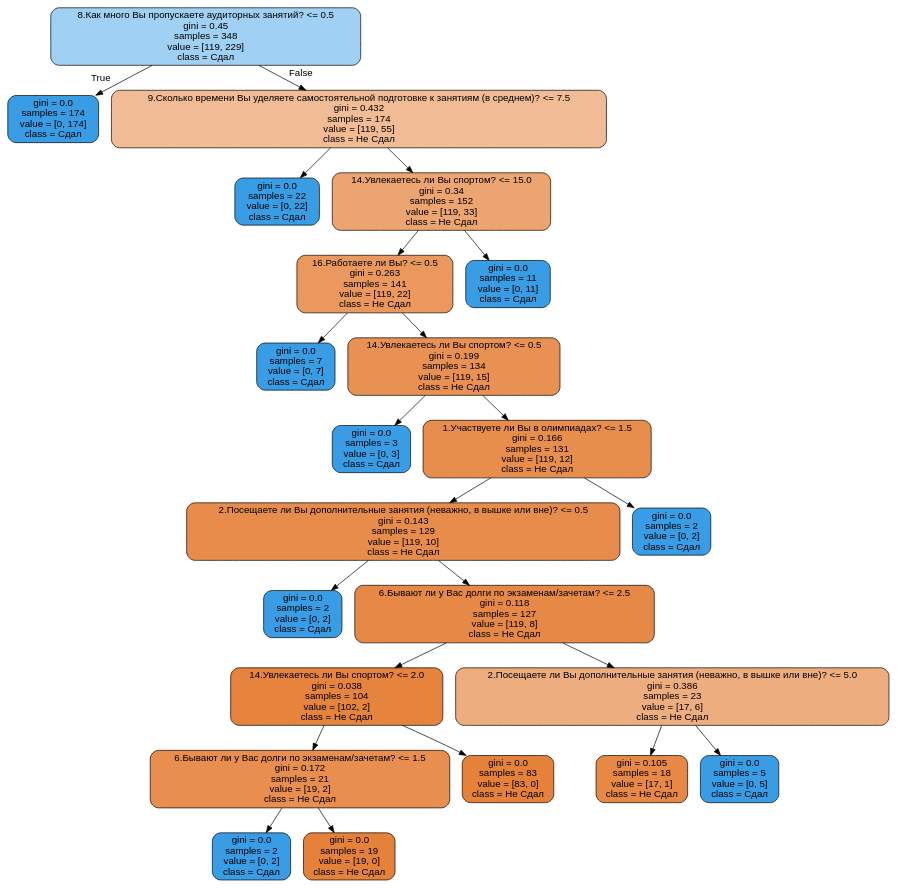
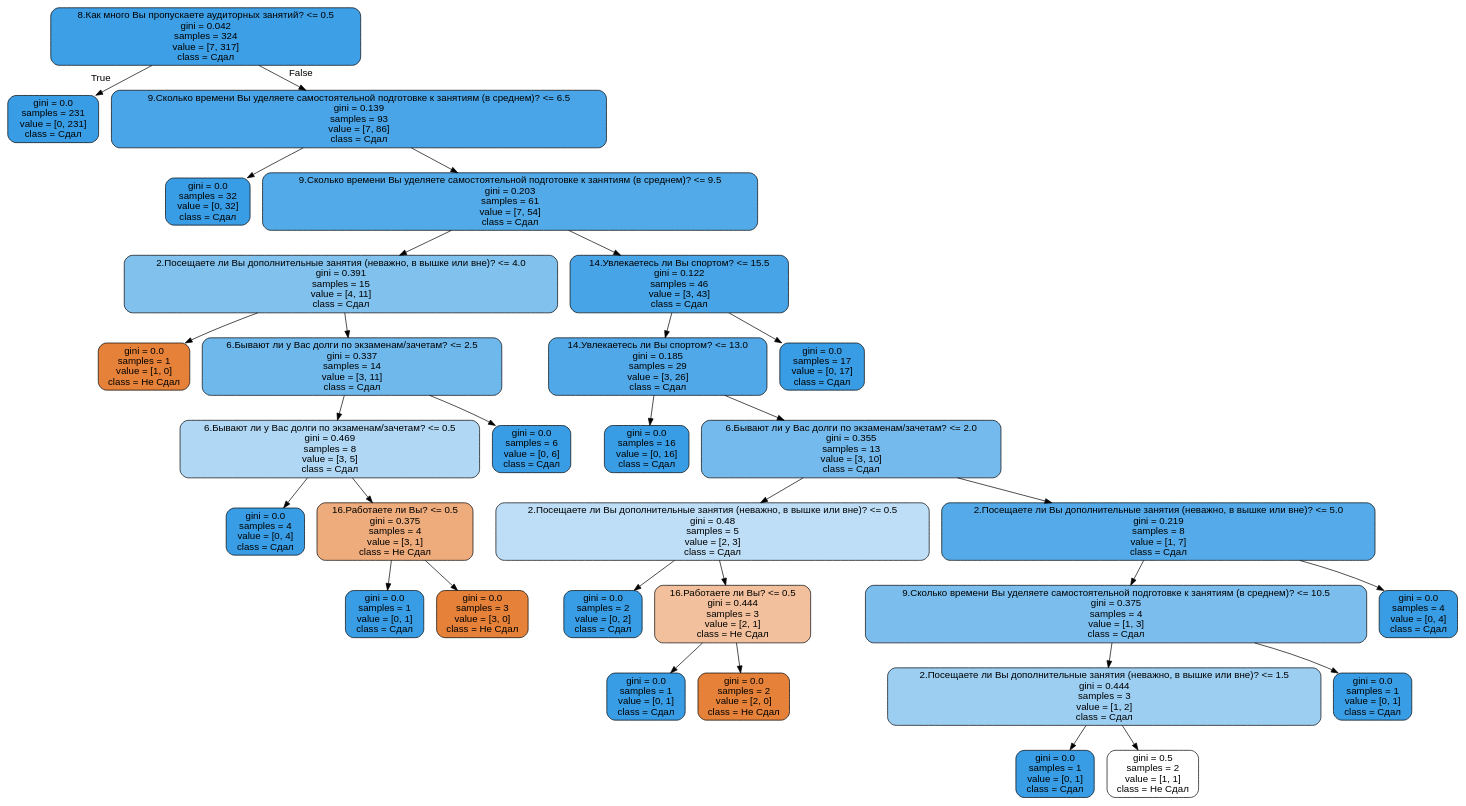
One commit to alexgiving/coursework_3 changed the diagram in myTreeName.dot. Above: the diagram before and after it, drawn with Graphviz. The commit also changed 7 other files, not shown here.

```diff
--- a/myTreeName.dot
+++ b/myTreeName.dot
@@ -1,49 +1,65 @@
 digraph Tree {
 node [shape=box, style="filled, rounded", color="black", fontname="helvetica"] ;
 edge [fontname="helvetica"] ;
-0 [label="8.Как много Вы пропускаете аудиторных занятий? <= 0.5\ngini = 0.45\nsamples = 348\nvalue = [119, 229]\nclass = Сдал", fillcolor="#a0d0f3"] ;
-1 [label="gini = 0.0\nsamples = 174\nvalue = [0, 174]\nclass = Сдал", fillcolor="#399de5"] ;
+0 [label="8.Как много Вы пропускаете аудиторных занятий? <= 0.5\ngini = 0.042\nsamples = 324\nvalue = [7, 317]\nclass = Сдал", fillcolor="#3d9fe6"] ;
+1 [label="gini = 0.0\nsamples = 231\nvalue = [0, 231]\nclass = Сдал", fillcolor="#399de5"] ;
 0 -> 1 [labeldistance=2.5, labelangle=45, headlabel="True"] ;
-2 [label="9.Сколько времени Вы уделяете самостоятельной подготовке к занятиям (в среднем)? <= 7.5\ngini = 0.432\nsamples = 174\nvalue = [119, 55]\nclass = Не Сдал", fillcolor="#f1bb95"] ;
+2 [label="9.Сколько времени Вы уделяете самостоятельной подготовке к занятиям (в среднем)? <= 6.5\ngini = 0.139\nsamples = 93\nvalue = [7, 86]\nclass = Сдал", fillcolor="#49a5e7"] ;
 0 -> 2 [labeldistance=2.5, labelangle=-45, headlabel="False"] ;
-3 [label="gini = 0.0\nsamples = 22\nvalue = [0, 22]\nclass = Сдал", fillcolor="#399de5"] ;
+3 [label="gini = 0.0\nsamples = 32\nvalue = [0, 32]\nclass = Сдал", fillcolor="#399de5"] ;
 2 -> 3 ;
-4 [label="14.Увлекаетесь ли Вы спортом? <= 15.0\ngini = 0.34\nsamples = 152\nvalue = [119, 33]\nclass = Не Сдал", fillcolor="#eca470"] ;
+4 [label="9.Сколько времени Вы уделяете самостоятельной подготовке к занятиям (в среднем)? <= 9.5\ngini = 0.203\nsamples = 61\nvalue = [7, 54]\nclass = Сдал", fillcolor="#53aae8"] ;
 2 -> 4 ;
-5 [label="16.Работаете ли Вы? <= 0.5\ngini = 0.263\nsamples = 141\nvalue = [119, 22]\nclass = Не Сдал", fillcolor="#ea985e"] ;
+5 [label="2.Посещаете ли Вы дополнительные занятия (неважно, в вышке или вне)? <= 4.0\ngini = 0.391\nsamples = 15\nvalue = [4, 11]\nclass = Сдал", fillcolor="#81c1ee"] ;
 4 -> 5 ;
-6 [label="gini = 0.0\nsamples = 7\nvalue = [0, 7]\nclass = Сдал", fillcolor="#399de5"] ;
+6 [label="gini = 0.0\nsamples = 1\nvalue = [1, 0]\nclass = Не Сдал", fillcolor="#e58139"] ;
 5 -> 6 ;
-7 [label="14.Увлекаетесь ли Вы спортом? <= 0.5\ngini = 0.199\nsamples = 134\nvalue = [119, 15]\nclass = Не Сдал", fillcolor="#e89152"] ;
+7 [label="6.Бывают ли у Вас долги по экзаменам/зачетам? <= 2.5\ngini = 0.337\nsamples = 14\nvalue = [3, 11]\nclass = Сдал", fillcolor="#6fb8ec"] ;
 5 -> 7 ;
-8 [label="gini = 0.0\nsamples = 3\nvalue = [0, 3]\nclass = Сдал", fillcolor="#399de5"] ;
+8 [label="6.Бывают ли у Вас долги по экзаменам/зачетам? <= 0.5\ngini = 0.469\nsamples = 8\nvalue = [3, 5]\nclass = Сдал", fillcolor="#b0d8f5"] ;
 7 -> 8 ;
-9 [label="1.Участвуете ли Вы в олимпиадах? <= 1.5\ngini = 0.166\nsamples = 131\nvalue = [119, 12]\nclass = Не Сдал", fillcolor="#e88e4d"] ;
-7 -> 9 ;
-10 [label="2.Посещаете ли Вы дополнительные занятия (неважно, в вышке или вне)? <= 0.5\ngini = 0.143\nsamples = 129\nvalue = [119, 10]\nclass = Не Сдал", fillcolor="#e78c4a"] ;
-9 -> 10 ;
-11 [label="gini = 0.0\nsamples = 2\nvalue = [0, 2]\nclass = Сдал", fillcolor="#399de5"] ;
+9 [label="gini = 0.0\nsamples = 4\nvalue = [0, 4]\nclass = Сдал", fillcolor="#399de5"] ;
+8 -> 9 ;
+10 [label="16.Работаете ли Вы? <= 0.5\ngini = 0.375\nsamples = 4\nvalue = [3, 1]\nclass = Не Сдал", fillcolor="#eeab7b"] ;
+8 -> 10 ;
+11 [label="gini = 0.0\nsamples = 1\nvalue = [0, 1]\nclass = Сдал", fillcolor="#399de5"] ;
 10 -> 11 ;
-12 [label="6.Бывают ли у Вас долги по экзаменам/зачетам? <= 2.5\ngini = 0.118\nsamples = 127\nvalue = [119, 8]\nclass = Не Сдал", fillcolor="#e78946"] ;
+12 [label="gini = 0.0\nsamples = 3\nvalue = [3, 0]\nclass = Не Сдал", fillcolor="#e58139"] ;
 10 -> 12 ;
-13 [label="14.Увлекаетесь ли Вы спортом? <= 2.0\ngini = 0.038\nsamples = 104\nvalue = [102, 2]\nclass = Не Сдал", fillcolor="#e6833d"] ;
-12 -> 13 ;
-14 [label="6.Бывают ли у Вас долги по экзаменам/зачетам? <= 1.5\ngini = 0.172\nsamples = 21\nvalue = [19, 2]\nclass = Не Сдал", fillcolor="#e88e4e"] ;
-13 -> 14 ;
-15 [label="gini = 0.0\nsamples = 2\nvalue = [0, 2]\nclass = Сдал", fillcolor="#399de5"] ;
+13 [label="gini = 0.0\nsamples = 6\nvalue = [0, 6]\nclass = Сдал", fillcolor="#399de5"] ;
+7 -> 13 ;
+14 [label="14.Увлекаетесь ли Вы спортом? <= 15.5\ngini = 0.122\nsamples = 46\nvalue = [3, 43]\nclass = Сдал", fillcolor="#47a4e7"] ;
+4 -> 14 ;
+15 [label="14.Увлекаетесь ли Вы спортом? <= 13.0\ngini = 0.185\nsamples = 29\nvalue = [3, 26]\nclass = Сдал", fillcolor="#50a8e8"] ;
 14 -> 15 ;
-16 [label="gini = 0.0\nsamples = 19\nvalue = [19, 0]\nclass = Не Сдал", fillcolor="#e58139"] ;
-14 -> 16 ;
-17 [label="gini = 0.0\nsamples = 83\nvalue = [83, 0]\nclass = Не Сдал", fillcolor="#e58139"] ;
-13 -> 17 ;
-18 [label="2.Посещаете ли Вы дополнительные занятия (неважно, в вышке или вне)? <= 5.0\ngini = 0.386\nsamples = 23\nvalue = [17, 6]\nclass = Не Сдал", fillcolor="#eead7f"] ;
-12 -> 18 ;
-19 [label="gini = 0.105\nsamples = 18\nvalue = [17, 1]\nclass = Не Сдал", fillcolor="#e78845"] ;
+16 [label="gini = 0.0\nsamples = 16\nvalue = [0, 16]\nclass = Сдал", fillcolor="#399de5"] ;
+15 -> 16 ;
+17 [label="6.Бывают ли у Вас долги по экзаменам/зачетам? <= 2.0\ngini = 0.355\nsamples = 13\nvalue = [3, 10]\nclass = Сдал", fillcolor="#74baed"] ;
+15 -> 17 ;
+18 [label="2.Посещаете ли Вы дополнительные занятия (неважно, в вышке или вне)? <= 0.5\ngini = 0.48\nsamples = 5\nvalue = [2, 3]\nclass = Сдал", fillcolor="#bddef6"] ;
+17 -> 18 ;
+19 [label="gini = 0.0\nsamples = 2\nvalue = [0, 2]\nclass = Сдал", fillcolor="#399de5"] ;
 18 -> 19 ;
-20 [label="gini = 0.0\nsamples = 5\nvalue = [0, 5]\nclass = Сдал", fillcolor="#399de5"] ;
+20 [label="16.Работаете ли Вы? <= 0.5\ngini = 0.444\nsamples = 3\nvalue = [2, 1]\nclass = Не Сдал", fillcolor="#f2c09c"] ;
 18 -> 20 ;
-21 [label="gini = 0.0\nsamples = 2\nvalue = [0, 2]\nclass = Сдал", fillcolor="#399de5"] ;
-9 -> 21 ;
-22 [label="gini = 0.0\nsamples = 11\nvalue = [0, 11]\nclass = Сдал", fillcolor="#399de5"] ;
-4 -> 22 ;
+21 [label="gini = 0.0\nsamples = 1\nvalue = [0, 1]\nclass = Сдал", fillcolor="#399de5"] ;
+20 -> 21 ;
+22 [label="gini = 0.0\nsamples = 2\nvalue = [2, 0]\nclass = Не Сдал", fillcolor="#e58139"] ;
+20 -> 22 ;
+23 [label="2.Посещаете ли Вы дополнительные занятия (неважно, в вышке или вне)? <= 5.0\ngini = 0.219\nsamples = 8\nvalue = [1, 7]\nclass = Сдал", fillcolor="#55abe9"] ;
+17 -> 23 ;
+24 [label="9.Сколько времени Вы уделяете самостоятельной подготовке к занятиям (в среднем)? <= 10.5\ngini = 0.375\nsamples = 4\nvalue = [1, 3]\nclass = Сдал", fillcolor="#7bbeee"] ;
+23 -> 24 ;
+25 [label="2.Посещаете ли Вы дополнительные занятия (неважно, в вышке или вне)? <= 1.5\ngini = 0.444\nsamples = 3\nvalue = [1, 2]\nclass = Сдал", fillcolor="#9ccef2"] ;
+24 -> 25 ;
+26 [label="gini = 0.0\nsamples = 1\nvalue = [0, 1]\nclass = Сдал", fillcolor="#399de5"] ;
+25 -> 26 ;
+27 [label="gini = 0.5\nsamples = 2\nvalue = [1, 1]\nclass = Не Сдал", fillcolor="#ffffff"] ;
+25 -> 27 ;
+28 [label="gini = 0.0\nsamples = 1\nvalue = [0, 1]\nclass = Сдал", fillcolor="#399de5"] ;
+24 -> 28 ;
+29 [label="gini = 0.0\nsamples = 4\nvalue = [0, 4]\nclass = Сдал", fillcolor="#399de5"] ;
+23 -> 29 ;
+30 [label="gini = 0.0\nsamples = 17\nvalue = [0, 17]\nclass = Сдал", fillcolor="#399de5"] ;
+14 -> 30 ;
 }
```
